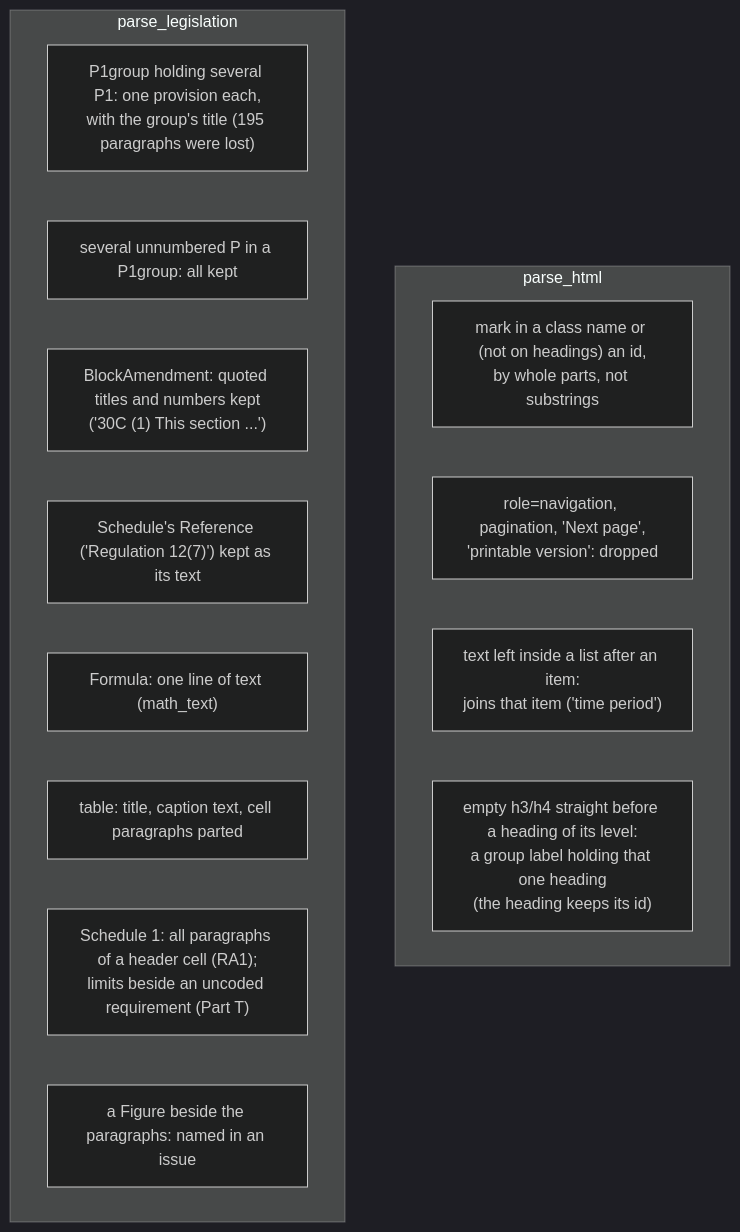
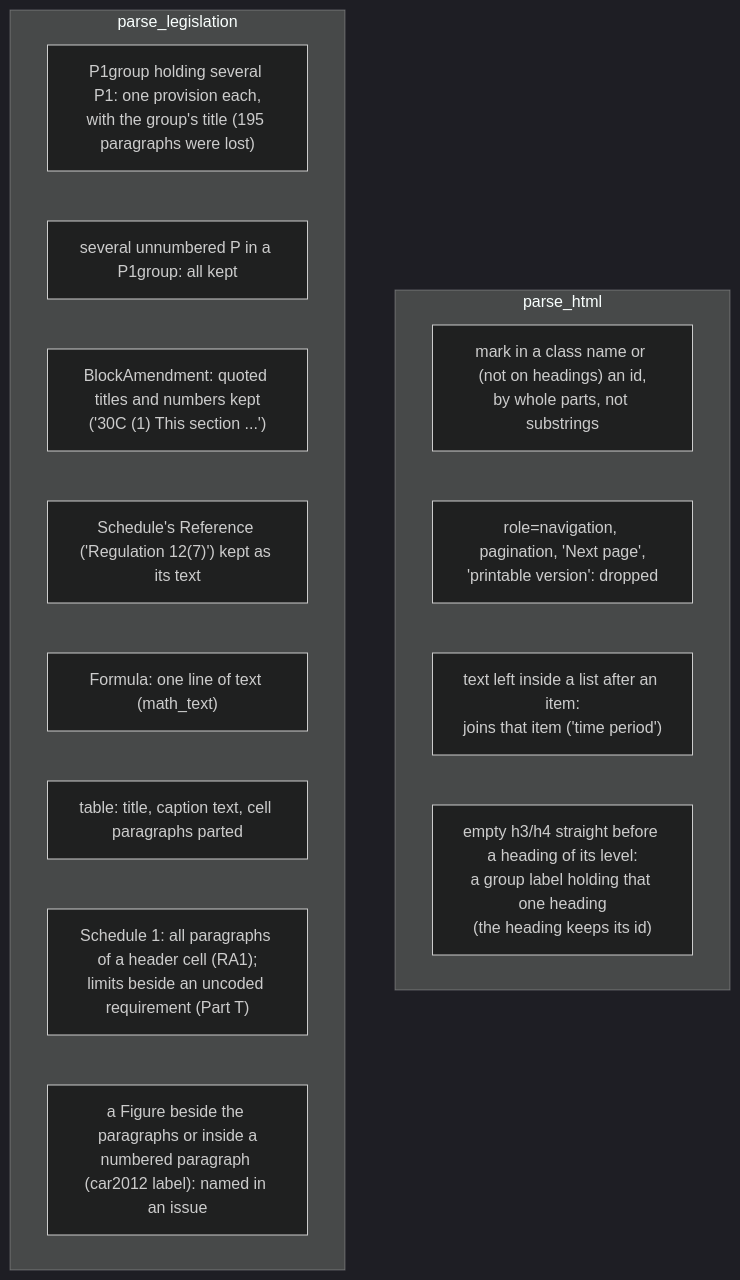
One commit to florinmarcus/builders_lab changed diagram 15 of 21 in architecture/design/regulations-corpus.md. Above: the diagram before and after it, drawn with Mermaid (dark theme). The commit also changed 5 other files, not shown here.

````diff
--- a/architecture/design/regulations-corpus.md
+++ b/architecture/design/regulations-corpus.md
@@ -300,19 +300,19 @@
 ```mermaid
 flowchart TD
     subgraph html["parse_html"]
         h1["mark in a class name or (not on headings) an id,<br/>by whole parts, not substrings"]
         h2["role=navigation, pagination, 'Next page',<br/>'printable version': dropped"]
         h3["text left inside a list after an item:<br/>joins that item ('time period')"]
         h4["empty h3/h4 straight before a heading of its level:<br/>a group label holding that one heading<br/>(the heading keeps its id)"]
     end
     subgraph leg["parse_legislation"]
         l1["P1group holding several P1: one provision each,<br/>with the group's title (195 paragraphs were lost)"]
         l2["several unnumbered P in a P1group: all kept"]
         l3["BlockAmendment: quoted titles and numbers kept<br/>('30C (1) This section ...')"]
         l4["Schedule's Reference ('Regulation 12(7)') kept as its text"]
         l5["Formula: one line of text (math_text)"]
         l6["table: title, caption text, cell paragraphs parted"]
         l7["Schedule 1: all paragraphs of a header cell (RA1);<br/>limits beside an uncoded requirement (Part T)"]
-        l8["a Figure beside the paragraphs: named in an issue"]
+        l8["a Figure beside the paragraphs or inside a<br/>numbered paragraph (car2012 label): named in an issue"]
     end
 ```
````
